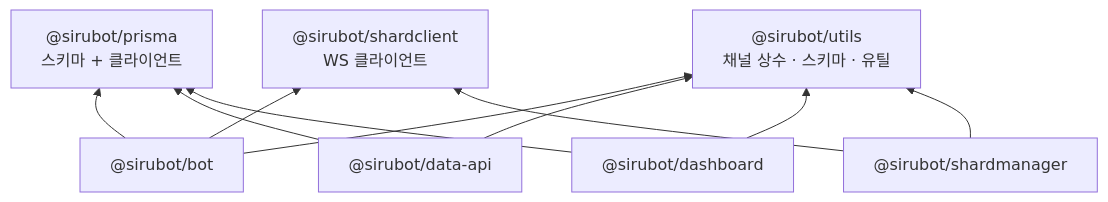
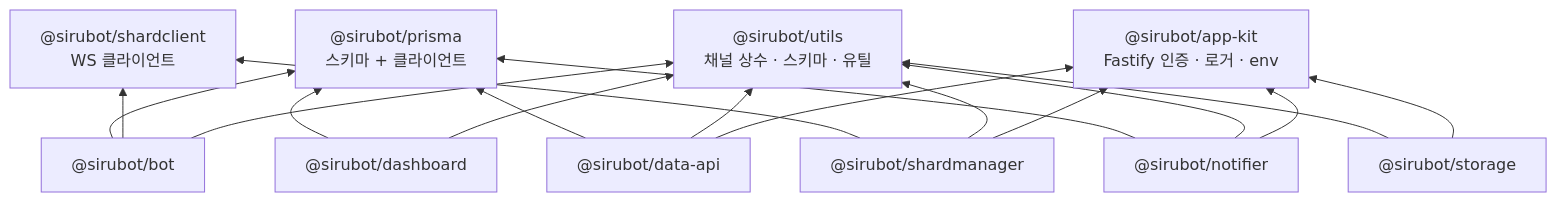
One commit to mochilabs/SiruBOT changed the second of 9 diagrams in docs/architecture.md. Above: the diagram before and after it, drawn with Mermaid. The commit also changed other lines of this file, not shown here.

First line of the commit message:
docs: architecture.md 다이어그램·앱 상세에 storage·notifier 반영

````diff
--- a/docs/architecture.md
+++ b/docs/architecture.md
@@ -98,20 +107,30 @@
 ```mermaid
 graph BT
     prisma["@sirubot/prisma<br/>스키마 + 클라이언트"]
     sc["@sirubot/shardclient<br/>WS 클라이언트"]
     utils["@sirubot/utils<br/>채널 상수 · 스키마 · 유틸"]
+    ak["@sirubot/app-kit<br/>Fastify 인증 · 로거 · env"]
     bot["@sirubot/bot"]
     da["@sirubot/data-api"]
     dash["@sirubot/dashboard"]
     sm["@sirubot/shardmanager"]
+    storage["@sirubot/storage"]
+    notifier["@sirubot/notifier"]
 
     bot --> prisma
     bot --> sc
     bot --> utils
     da --> prisma
     da --> utils
+    da --> ak
     dash --> prisma
     dash --> utils
     sm --> sc
     sm --> utils
+    sm --> ak
+    storage --> utils
+    storage --> ak
+    notifier --> prisma
+    notifier --> utils
+    notifier --> ak
 ```
````
